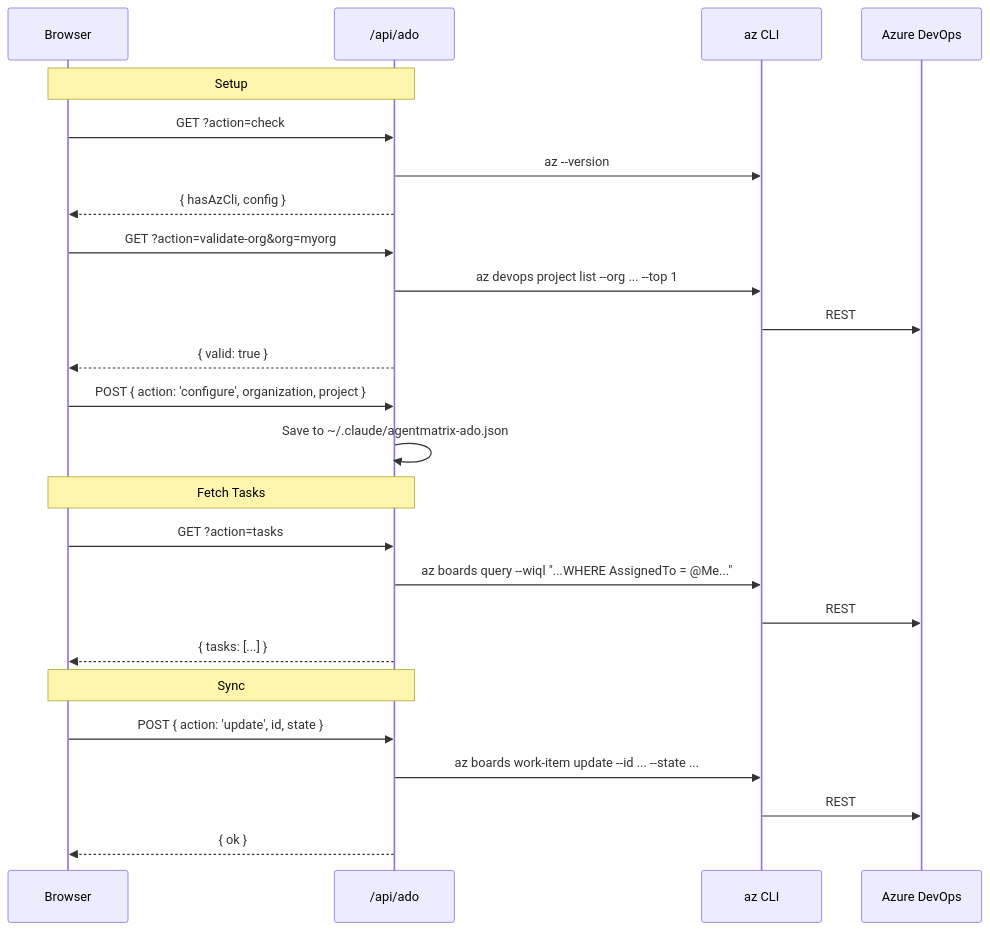
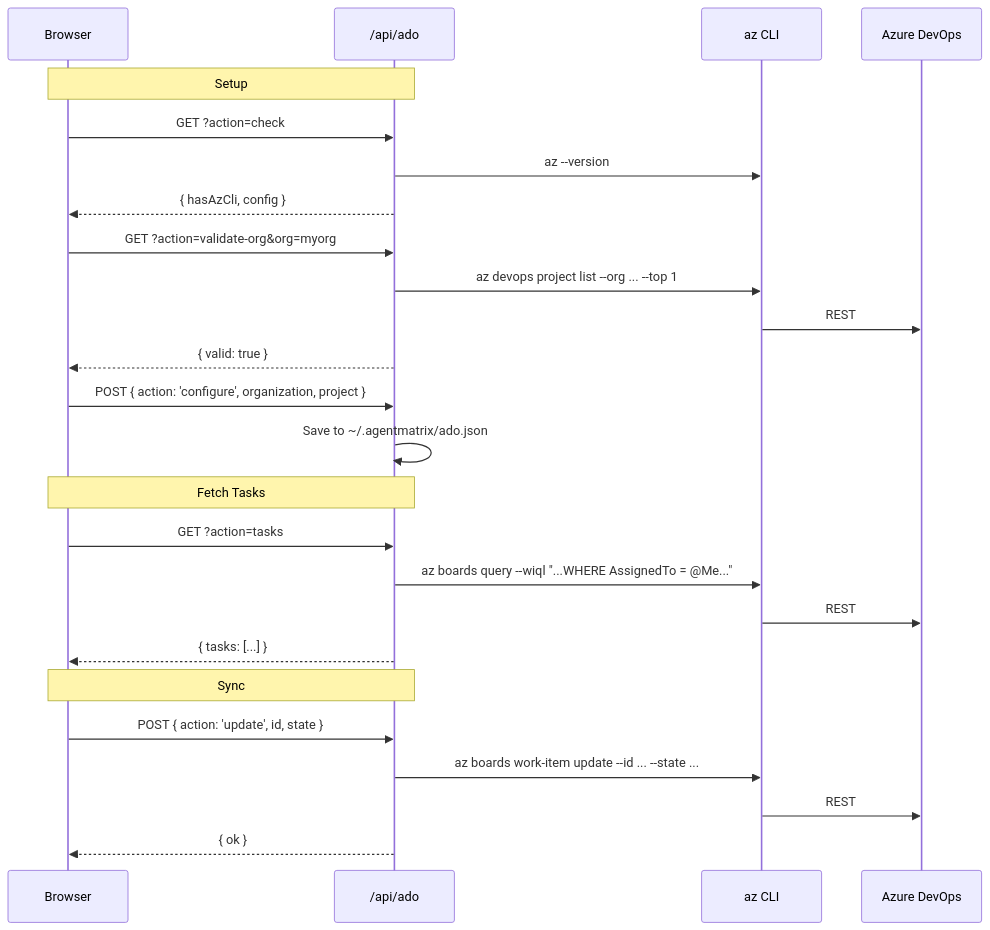
The seventh of 8 diagrams in docs/design/backend-server.md (Nahom-Kefelegne/AgentMatrix), drawn with Mermaid before and after one commit. The commit also changed other lines of this file and 14 other files, not shown here.

````diff
--- a/docs/design/backend-server.md
+++ b/docs/design/backend-server.md
@@ -612,32 +625,32 @@
 ```mermaid
 sequenceDiagram
     participant UI as Browser
     participant API as /api/ado
     participant AZ as az CLI
     participant ADO as Azure DevOps
 
     Note over UI,API: Setup
     UI->>API: GET ?action=check
     API->>AZ: az --version
     API-->>UI: { hasAzCli, config }
 
     UI->>API: GET ?action=validate-org&org=myorg
     API->>AZ: az devops project list --org ... --top 1
     AZ->>ADO: REST
     API-->>UI: { valid: true }
 
     UI->>API: POST { action: 'configure', organization, project }
-    API->>API: Save to ~/.claude/agentmatrix-ado.json
+    API->>API: Save to ~/.agentmatrix/ado.json
 
     Note over UI,API: Fetch Tasks
     UI->>API: GET ?action=tasks
     API->>AZ: az boards query --wiql "...WHERE AssignedTo = @Me..."
     AZ->>ADO: REST
     API-->>UI: { tasks: [...] }
 
     Note over UI,API: Sync
     UI->>API: POST { action: 'update', id, state }
     API->>AZ: az boards work-item update --id ... --state ...
     AZ->>ADO: REST
     API-->>UI: { ok }
 ```
````
